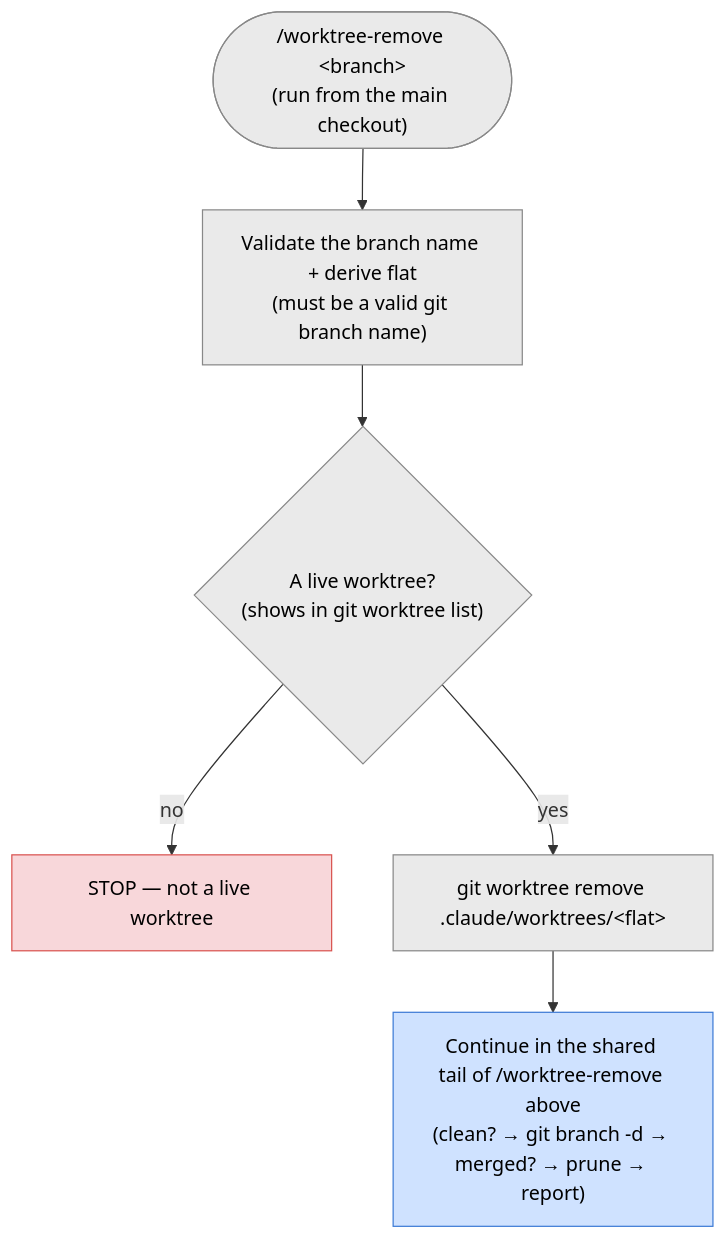
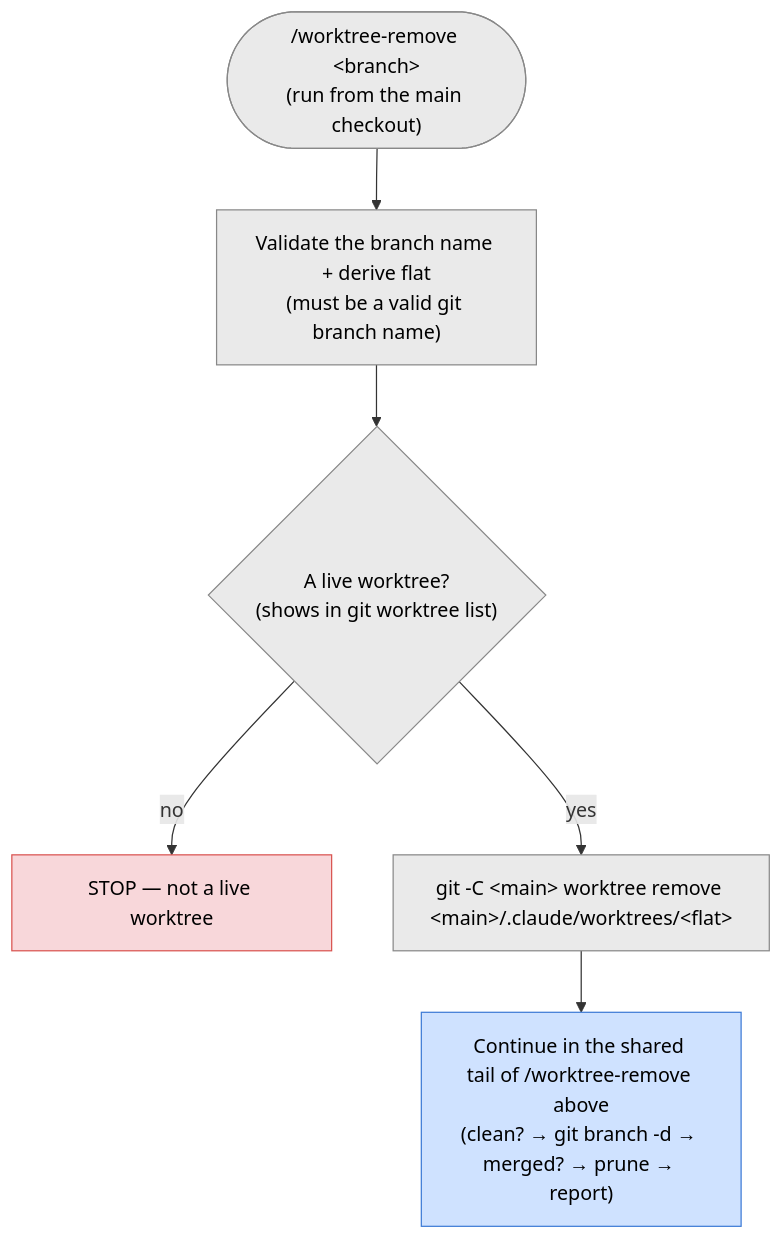
One commit to pilniczek/worktree-toolbox changed the second of 2 diagrams in worktree-per-issue/docs/worktree-remove.md. Above: the diagram before and after it, drawn with Mermaid. The commit also changed other lines of this file and 12 other files, not shown here.

````diff
--- a/worktree-per-issue/docs/worktree-remove.md
+++ b/worktree-per-issue/docs/worktree-remove.md
@@ -57,16 +61,16 @@
 ```mermaid
 flowchart TD
   start(["/worktree-remove &lt;branch&gt;<br/>(run from the main checkout)"])
   start --> validate["Validate the branch name + derive flat<br/>(must be a valid git branch name)"]
   validate --> live{"A live worktree?<br/>(shows in git worktree list)"}
   live -->|"no"| stopB["STOP — not a live worktree"]
-  live -->|"yes"| removedir["git worktree remove .claude/worktrees/&lt;flat&gt;"]
+  live -->|"yes"| removedir["git -C &lt;main&gt; worktree remove &lt;main&gt;/.claude/worktrees/&lt;flat&gt;"]
   removedir --> rest["Continue in the shared tail of /worktree-remove above<br/>(clean? → git branch -d → merged? → prune → report)"]
 
   classDef step fill:#eaeaea,stroke:#888,color:#000;
   classDef stop fill:#f8d7da,stroke:#d9534f,color:#000;
   classDef ref fill:#cfe2ff,stroke:#3d7bd6,color:#000;
   class start,validate,live,removedir step;
   class stopB stop;
   class rest ref;
 ```
````
